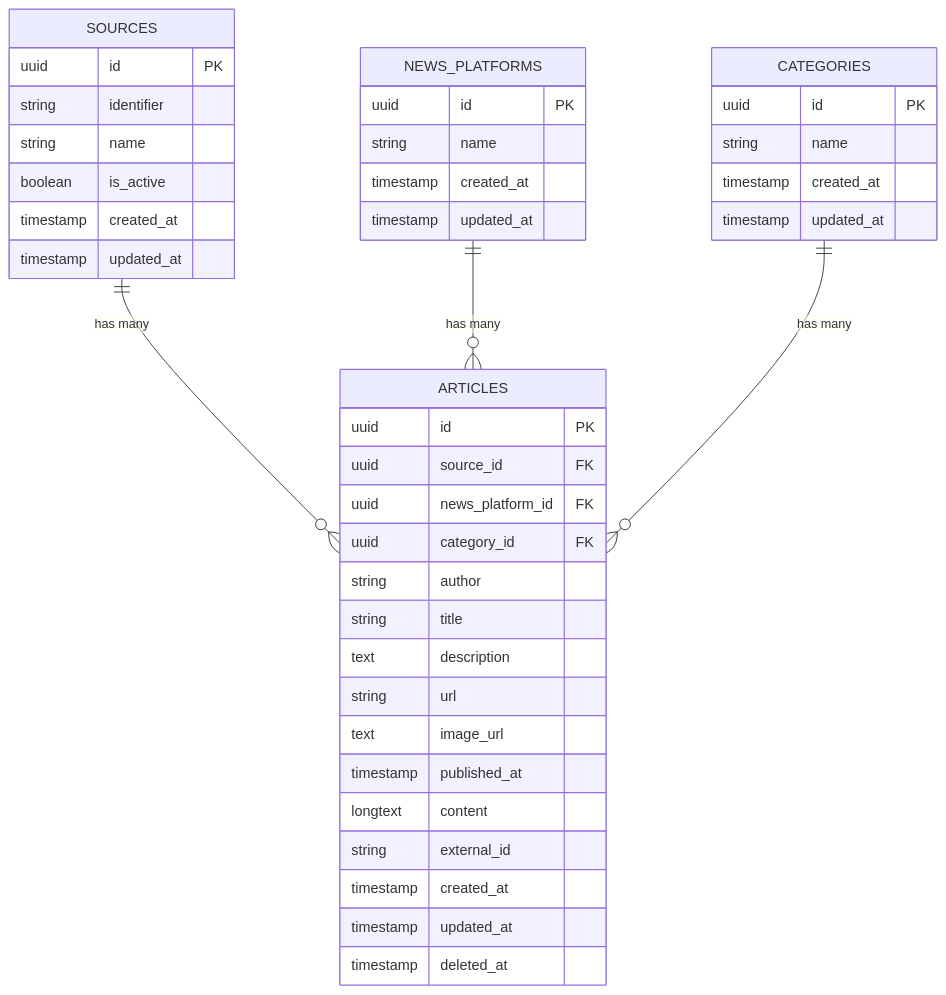
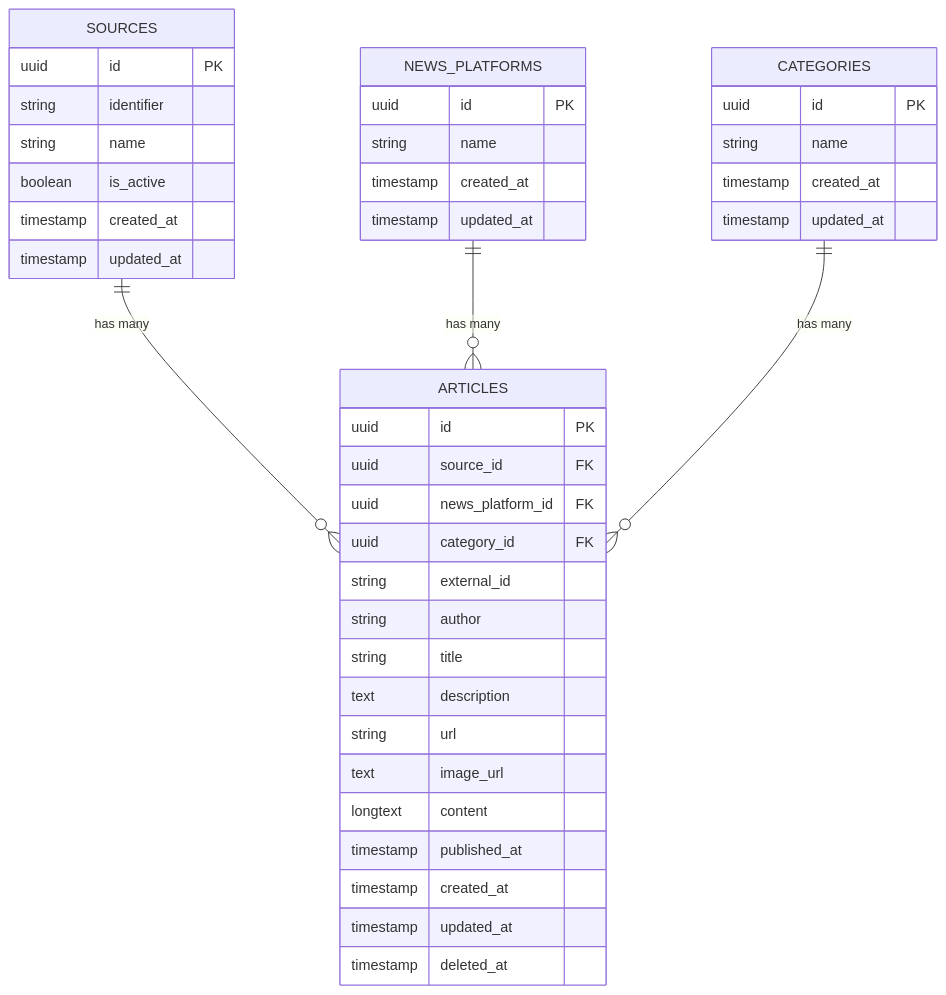
Before and after one commit to talhatech/news-aggregator: the diagram in schema-diagram.mermaid, drawn with Mermaid. The commit also changed 2 other files, not shown here.

Commit message:
Add: schema, architecture, directory structure diagrams.

```diff
--- a/schema-diagram.mermaid
+++ b/schema-diagram.mermaid
@@ -1,45 +1,45 @@
 erDiagram
     SOURCES {
         uuid id PK
         string identifier
         string name
         boolean is_active
         timestamp created_at
         timestamp updated_at
     }
-    
+
     NEWS_PLATFORMS {
         uuid id PK
         string name
         timestamp created_at
         timestamp updated_at
     }
-    
+
     CATEGORIES {
         uuid id PK
         string name
         timestamp created_at
         timestamp updated_at
     }
-    
+
     ARTICLES {
         uuid id PK
         uuid source_id FK
         uuid news_platform_id FK
         uuid category_id FK
+        string external_id
         string author
         string title
         text description
         string url
         text image_url
+        longtext content
         timestamp published_at
-        longtext content
-        string external_id
         timestamp created_at
         timestamp updated_at
         timestamp deleted_at
     }
-    
+
     SOURCES ||--o{ ARTICLES : "has many"
     NEWS_PLATFORMS ||--o{ ARTICLES : "has many"
     CATEGORIES ||--o{ ARTICLES : "has many"
```
